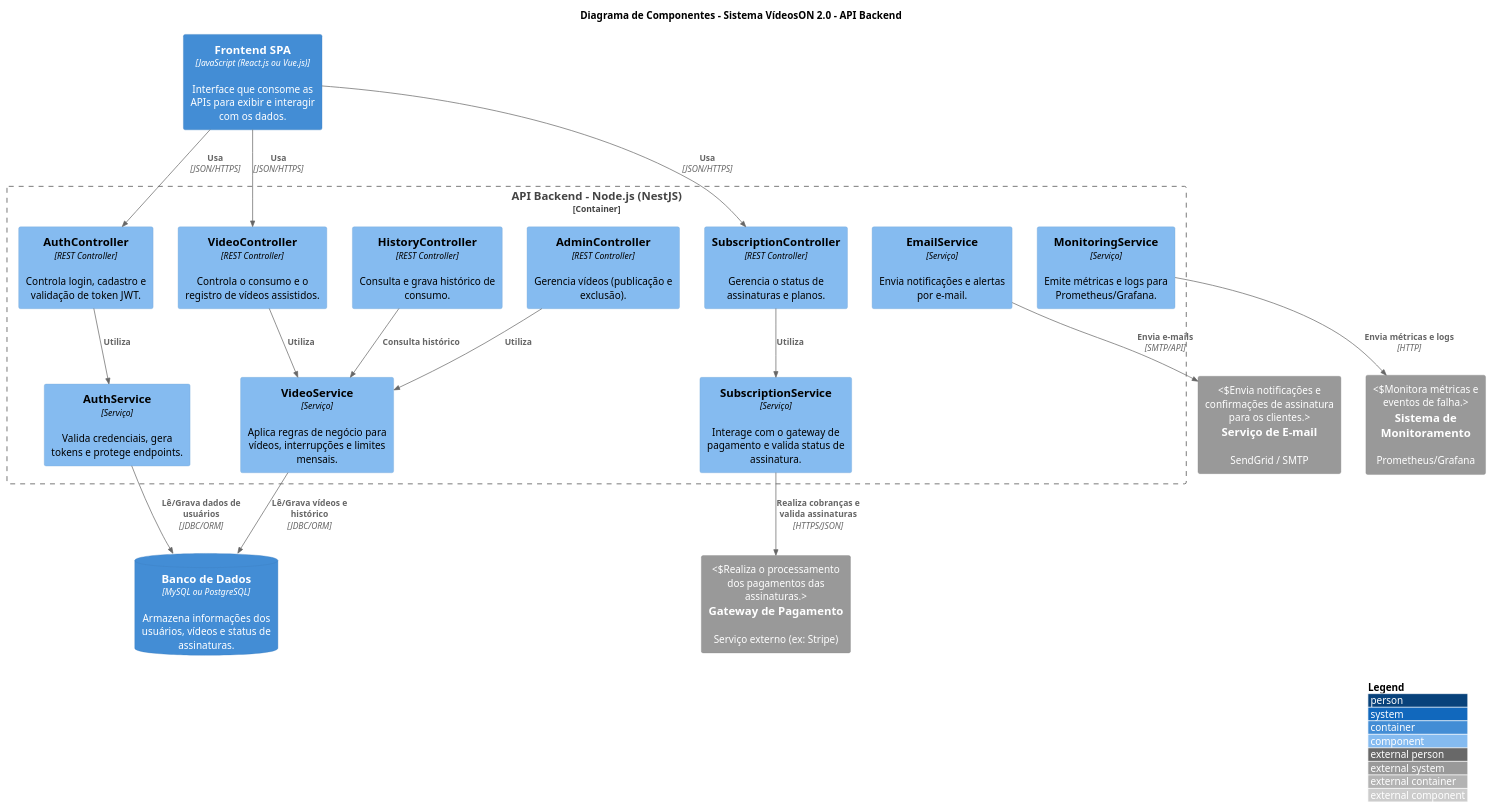
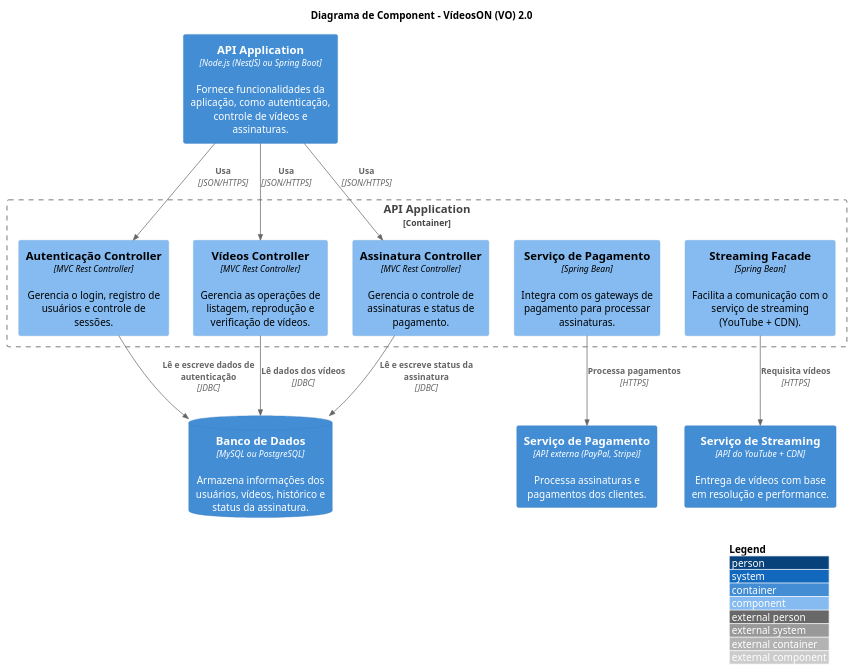
One commit to MarieleV/n2-arqSoftware changed the diagram in Componet.plantuml. Above: the diagram before and after it, drawn with PlantUML. The commit also changed 8 other files, not shown here.

Commit message:
Atualização dos diagramas - até a camada 3

```diff
--- a/Componet.plantuml
+++ b/Componet.plantuml
@@ -1,45 +1,32 @@
 @startuml
-!include <c4/C4_Component.puml>  
+
+!include <c4/C4_Component.puml> 
 
 LAYOUT_WITH_LEGEND()
 
-title Diagrama de Componentes - Sistema VídeosON 2.0 - API Backend
+title Diagrama de Component - VídeosON (VO) 2.0
 
-Container(spa, "Frontend SPA", "JavaScript (React.js ou Vue.js)", "Interface que consome as APIs para exibir e interagir com os dados.")
-ContainerDb(db, "Banco de Dados", "MySQL ou PostgreSQL", "Armazena informações dos usuários, vídeos e status de assinaturas.")
-System_Ext(payment_api, "Gateway de Pagamento", "Serviço externo (ex: Stripe)", "Realiza o processamento dos pagamentos das assinaturas.")
-System_Ext(email_service, "Serviço de E-mail", "SendGrid / SMTP", "Envia notificações e confirmações de assinatura para os clientes.")
-System_Ext(monitoring_tool, "Sistema de Monitoramento", "Prometheus/Grafana", "Monitora métricas e eventos de falha.")
+Container(api_backend, "API Application", "Node.js (NestJS) ou Spring Boot", "Fornece funcionalidades da aplicação, como autenticação, controle de vídeos e assinaturas.")
+ContainerDb(db, "Banco de Dados", "MySQL ou PostgreSQL", "Armazena informações dos usuários, vídeos, histórico e status da assinatura.")
+Container(streaming_service, "Serviço de Streaming", "API do YouTube + CDN", "Entrega de vídeos com base em resolução e performance.")
+Container(payments_service, "Serviço de Pagamento", "API externa (PayPal, Stripe)", "Processa assinaturas e pagamentos dos clientes.")
 
-Container_Boundary(api, "API Backend - Node.js (NestJS)") {
-
-    Component(auth_controller, "AuthController", "REST Controller", "Controla login, cadastro e validação de token JWT.")
-    Component(video_controller, "VideoController", "REST Controller", "Controla o consumo e o registro de vídeos assistidos.")
-    Component(admin_controller, "AdminController", "REST Controller", "Gerencia vídeos (publicação e exclusão).")
-    Component(subscription_controller, "SubscriptionController", "REST Controller", "Gerencia o status de assinaturas e planos.")
-    Component(history_controller, "HistoryController", "REST Controller", "Consulta e grava histórico de consumo.")
+Container_Boundary(api, "API Application") {
+    Component(auth_controller, "Autenticação Controller", "MVC Rest Controller", "Gerencia o login, registro de usuários e controle de sessões.")
+    Component(videos_controller, "Vídeos Controller", "MVC Rest Controller", "Gerencia as operações de listagem, reprodução e verificação de vídeos.")
+    Component(subscription_controller, "Assinatura Controller", "MVC Rest Controller", "Gerencia o controle de assinaturas e status de pagamento.")
+    Component(payment_service, "Serviço de Pagamento", "Spring Bean", "Integra com os gateways de pagamento para processar assinaturas.")
+    Component(streaming_facade, "Streaming Facade", "Spring Bean", "Facilita a comunicação com o serviço de streaming (YouTube + CDN).")
     
-    Component(auth_service, "AuthService", "Serviço", "Valida credenciais, gera tokens e protege endpoints.")
-    Component(video_service, "VideoService", "Serviço", "Aplica regras de negócio para vídeos, interrupções e limites mensais.")
-    Component(subscription_service, "SubscriptionService", "Serviço", "Interage com o gateway de pagamento e valida status de assinatura.")
-    Component(email_service_comp, "EmailService", "Serviço", "Envia notificações e alertas por e-mail.")
-    Component(log_monitor_service, "MonitoringService", "Serviço", "Emite métricas e logs para Prometheus/Grafana.")
-    
-    Rel(auth_controller, auth_service, "Utiliza")
-    Rel(video_controller, video_service, "Utiliza")
-    Rel(admin_controller, video_service, "Utiliza")
-    Rel(subscription_controller, subscription_service, "Utiliza")
-    Rel(history_controller, video_service, "Consulta histórico")
-    
-    Rel(auth_service, db, "Lê/Grava dados de usuários", "JDBC/ORM")
-    Rel(video_service, db, "Lê/Grava vídeos e histórico", "JDBC/ORM")
-    Rel(subscription_service, payment_api, "Realiza cobranças e valida assinaturas", "HTTPS/JSON")
-    Rel(email_service_comp, email_service, "Envia e-mails", "SMTP/API")
-    Rel(log_monitor_service, monitoring_tool, "Envia métricas e logs", "HTTP")
+    Rel(auth_controller, db, "Lê e escreve dados de autenticação", "JDBC")
+    Rel(videos_controller, db, "Lê dados dos vídeos", "JDBC")
+    Rel(subscription_controller, db, "Lê e escreve status da assinatura", "JDBC")
+    Rel(payment_service, payments_service, "Processa pagamentos", "HTTPS")
+    Rel(streaming_facade, streaming_service, "Requisita vídeos", "HTTPS")
 }
 
-Rel(spa, auth_controller, "Usa", "JSON/HTTPS")
-Rel(spa, video_controller, "Usa", "JSON/HTTPS")
-Rel(spa, subscription_controller, "Usa", "JSON/HTTPS")
+Rel(api_backend, auth_controller, "Usa", "JSON/HTTPS")
+Rel(api_backend, videos_controller, "Usa", "JSON/HTTPS")
+Rel(api_backend, subscription_controller, "Usa", "JSON/HTTPS")
 
 @enduml
```
